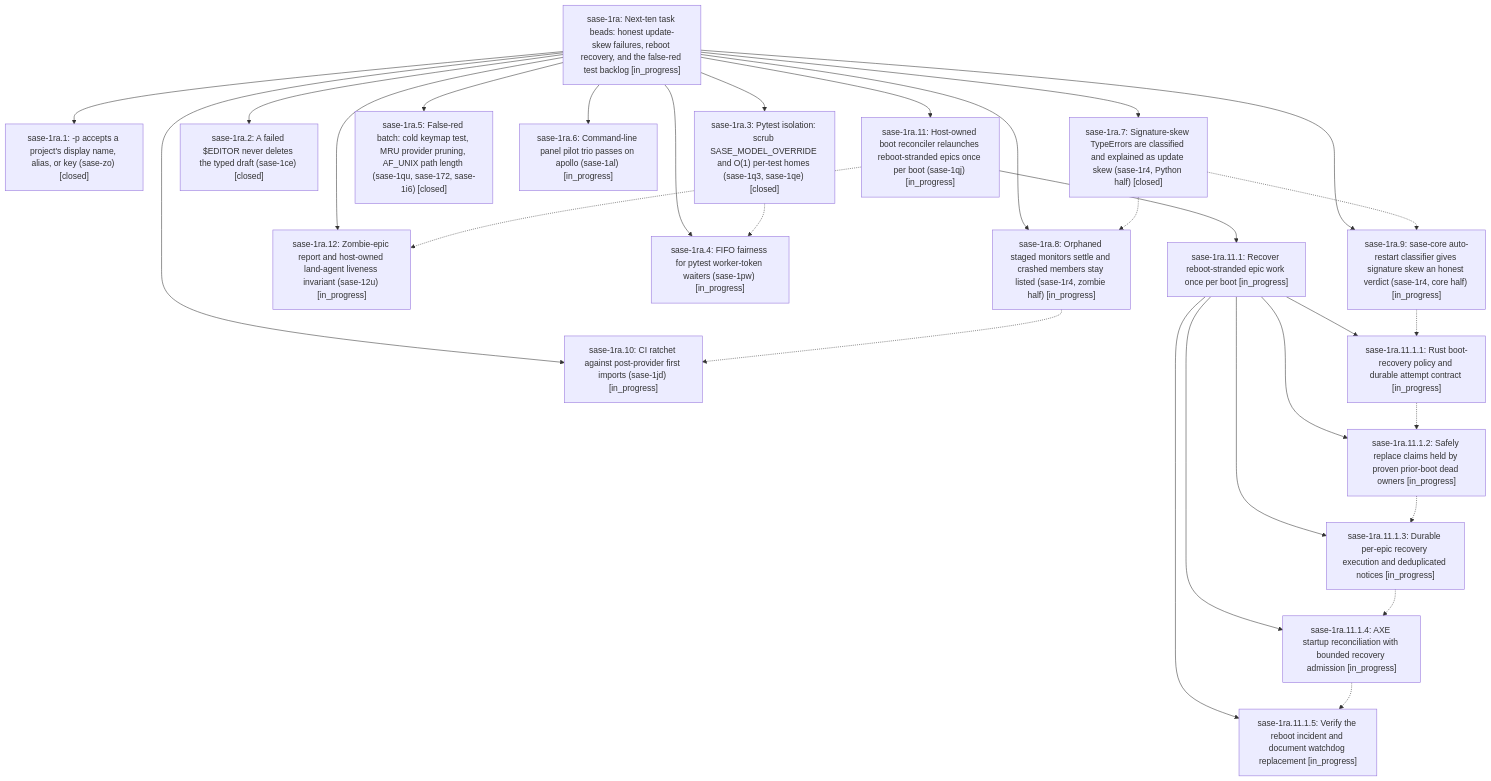
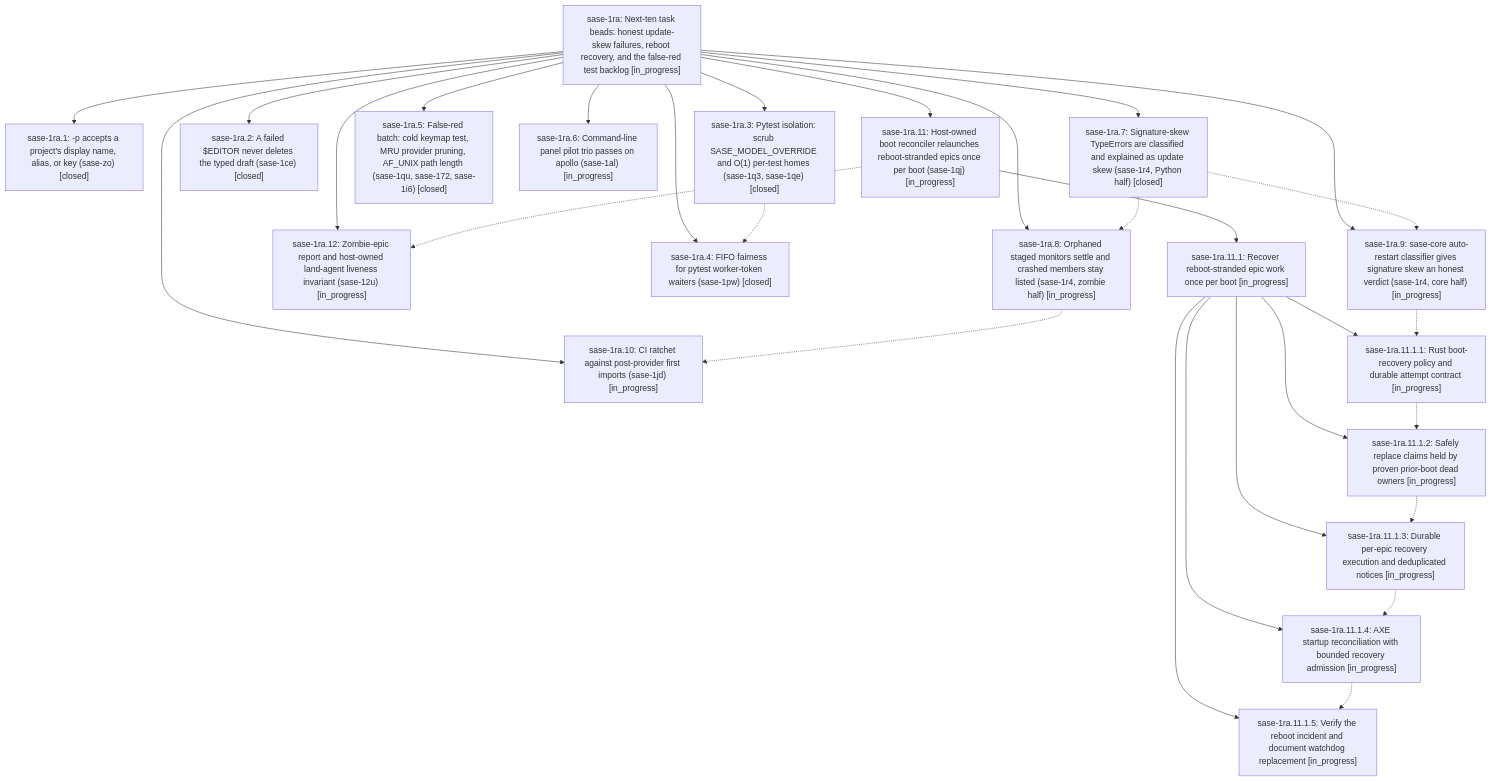
The diagram in pages/sase-1ra/README.md (sase-org/sase--beads), drawn with Mermaid before and after one commit. The commit also changed other lines of this file and 3 other files, not shown here.

````diff
--- a/pages/sase-1ra/README.md
+++ b/pages/sase-1ra/README.md
@@ -33,50 +33,50 @@
 ```mermaid
 flowchart TD
     n0["sase-1ra: Next-ten task beads: honest update-skew failures, reboot recovery, and the false-red test backlog [in_progress]"]
     n1["sase-1ra.1: -p accepts a project's display name, alias, or key (sase-zo) [closed]"]
     n2["sase-1ra.10: CI ratchet against post-provider first imports (sase-1jd) [in_progress]"]
     n3["sase-1ra.11: Host-owned boot reconciler relaunches reboot-stranded epics once per boot (sase-1qj) [in_progress]"]
     n4["sase-1ra.11.1: Recover reboot-stranded epic work once per boot [in_progress]"]
     n5["sase-1ra.11.1.1: Rust boot-recovery policy and durable attempt contract [in_progress]"]
     n6["sase-1ra.11.1.2: Safely replace claims held by proven prior-boot dead owners [in_progress]"]
     n7["sase-1ra.11.1.3: Durable per-epic recovery execution and deduplicated notices [in_progress]"]
     n8["sase-1ra.11.1.4: AXE startup reconciliation with bounded recovery admission [in_progress]"]
     n9["sase-1ra.11.1.5: Verify the reboot incident and document watchdog replacement [in_progress]"]
     n10["sase-1ra.12: Zombie-epic report and host-owned land-agent liveness invariant (sase-12u) [in_progress]"]
     n11["sase-1ra.2: A failed $EDITOR never deletes the typed draft (sase-1ce) [closed]"]
     n12["sase-1ra.3: Pytest isolation: scrub SASE_MODEL_OVERRIDE and O(1) per-test homes (sase-1q3, sase-1qe) [closed]"]
-    n13["sase-1ra.4: FIFO fairness for pytest worker-token waiters (sase-1pw) [in_progress]"]
+    n13["sase-1ra.4: FIFO fairness for pytest worker-token waiters (sase-1pw) [closed]"]
     n14["sase-1ra.5: False-red batch: cold keymap test, MRU provider pruning, AF_UNIX path length (sase-1qu, sase-172, sase-1i6) [closed]"]
     n15["sase-1ra.6: Command-line panel pilot trio passes on apollo (sase-1al) [in_progress]"]
     n16["sase-1ra.7: Signature-skew TypeErrors are classified and explained as update skew (sase-1r4, Python half) [closed]"]
     n17["sase-1ra.8: Orphaned staged monitors settle and crashed members stay listed (sase-1r4, zombie half) [in_progress]"]
     n18["sase-1ra.9: sase-core auto-restart classifier gives signature skew an honest verdict (sase-1r4, core half) [in_progress]"]
     n0 --> n1
     n0 --> n2
     n0 --> n3
     n3 --> n4
     n4 --> n5
     n4 --> n6
     n4 --> n7
     n4 --> n8
     n4 --> n9
     n0 --> n10
     n0 --> n11
     n0 --> n12
     n0 --> n13
     n0 --> n14
     n0 --> n15
     n0 --> n16
     n0 --> n17
     n0 --> n18
     n3 -.-> n10
     n5 -.-> n6
     n6 -.-> n7
     n7 -.-> n8
     n8 -.-> n9
     n12 -.-> n13
     n16 -.-> n17
     n16 -.-> n18
     n17 -.-> n2
     n18 -.-> n5
 ```
````
